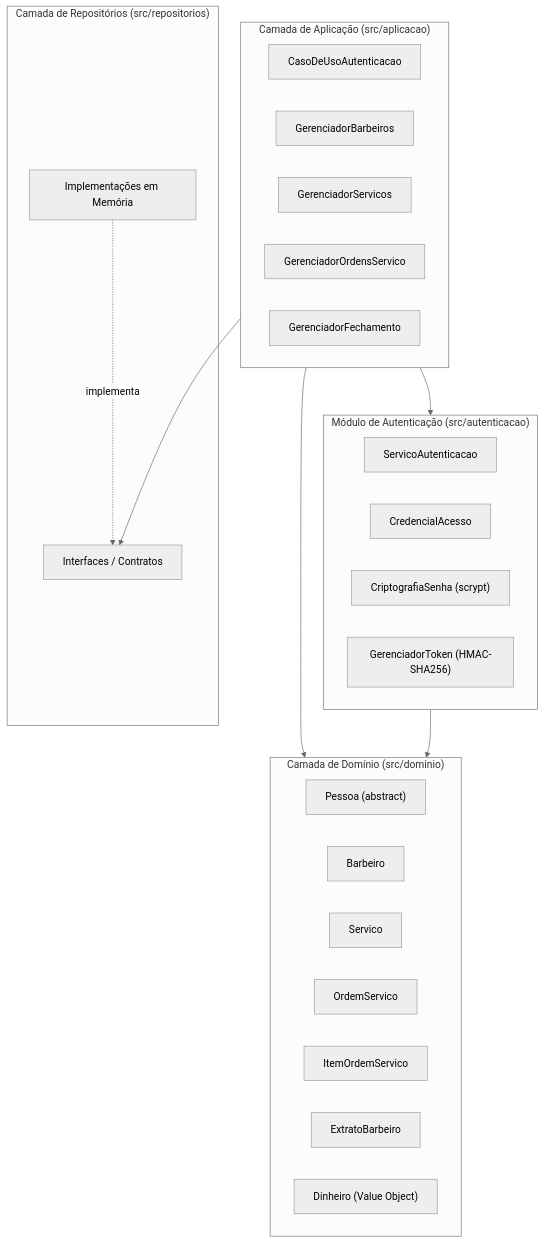
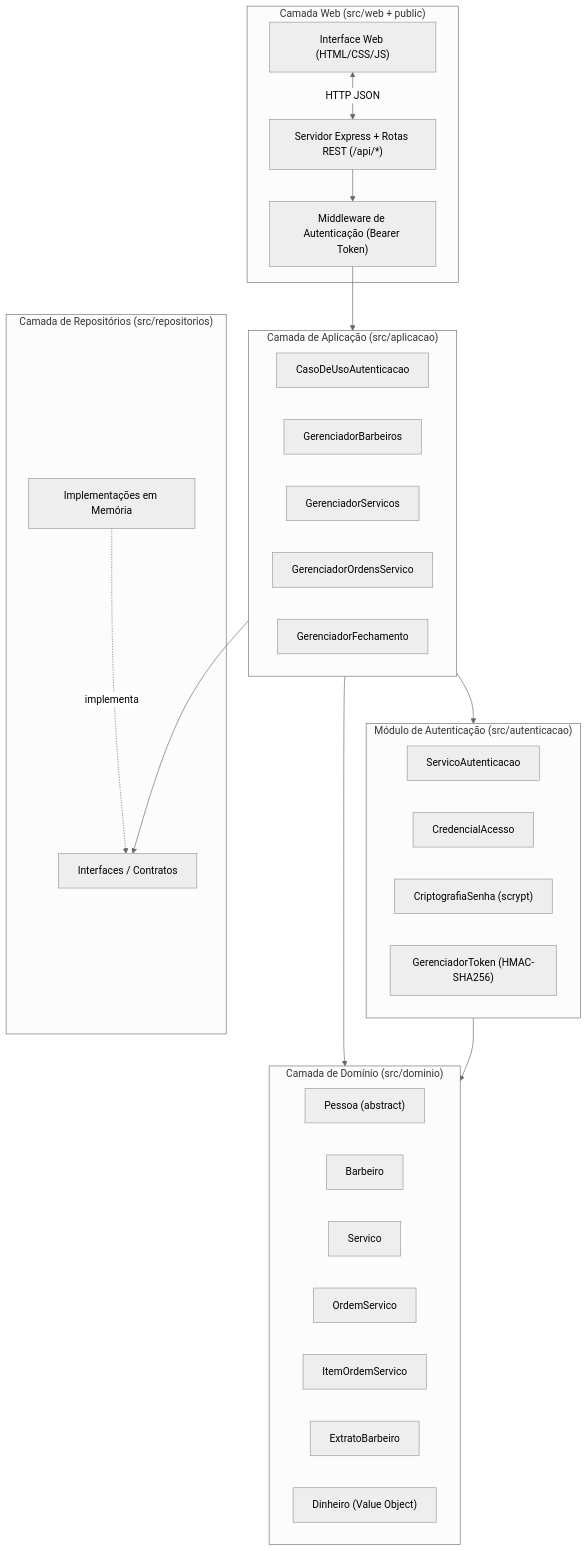
One commit to RodrigoRamone7/BarberShopManager changed the first of 5 diagrams in README.md. Above: the diagram before and after it, drawn with Mermaid (neutral theme). The commit also changed other lines of this file and 12 other files, not shown here.

Commit message:
feat(web): adiciona API REST Express, interface web responsiva e testes de integração

````diff
--- a/README.md
+++ b/README.md
@@ -13,38 +13,47 @@
 ```mermaid
 flowchart TB
+    subgraph Web["Camada Web (src/web + public)"]
+        UI["Interface Web (HTML/CSS/JS)"]
+        Express["Servidor Express + Rotas REST (/api/*)"]
+        MW["Middleware de Autenticação (Bearer Token)"]
+    end
+
     subgraph Aplicacao["Camada de Aplicação (src/aplicacao)"]
         UC_Auth["CasoDeUsoAutenticacao"]
         UC_Barb["GerenciadorBarbeiros"]
         UC_Serv["GerenciadorServicos"]
         UC_OS["GerenciadorOrdensServico"]
         UC_Fech["GerenciadorFechamento"]
     end
 
     subgraph Autenticacao["Módulo de Autenticação (src/autenticacao)"]
         SrvAuth["ServicoAutenticacao"]
         Cred["CredencialAcesso"]
         Hash["CriptografiaSenha (scrypt)"]
         Token["GerenciadorToken (HMAC-SHA256)"]
     end
 
     subgraph Dominio["Camada de Domínio (src/dominio)"]
         Pessoa["Pessoa (abstract)"]
         Barbeiro["Barbeiro"]
         Servico["Servico"]
         OS["OrdemServico"]
         ItemOS["ItemOrdemServico"]
         Extrato["ExtratoBarbeiro"]
         Dinheiro["Dinheiro (Value Object)"]
     end
 
     subgraph Repositorios["Camada de Repositórios (src/repositorios)"]
         Contratos["Interfaces / Contratos"]
         Memoria["Implementações em Memória"]
     end
 
+    UI <-->|HTTP JSON| Express
+    Express --> MW
+    MW --> Aplicacao
     Aplicacao --> Dominio
     Aplicacao --> Autenticacao
     Aplicacao --> Contratos
     Memoria -.->|implementa| Contratos
     Autenticacao --> Dominio
 ```
````
